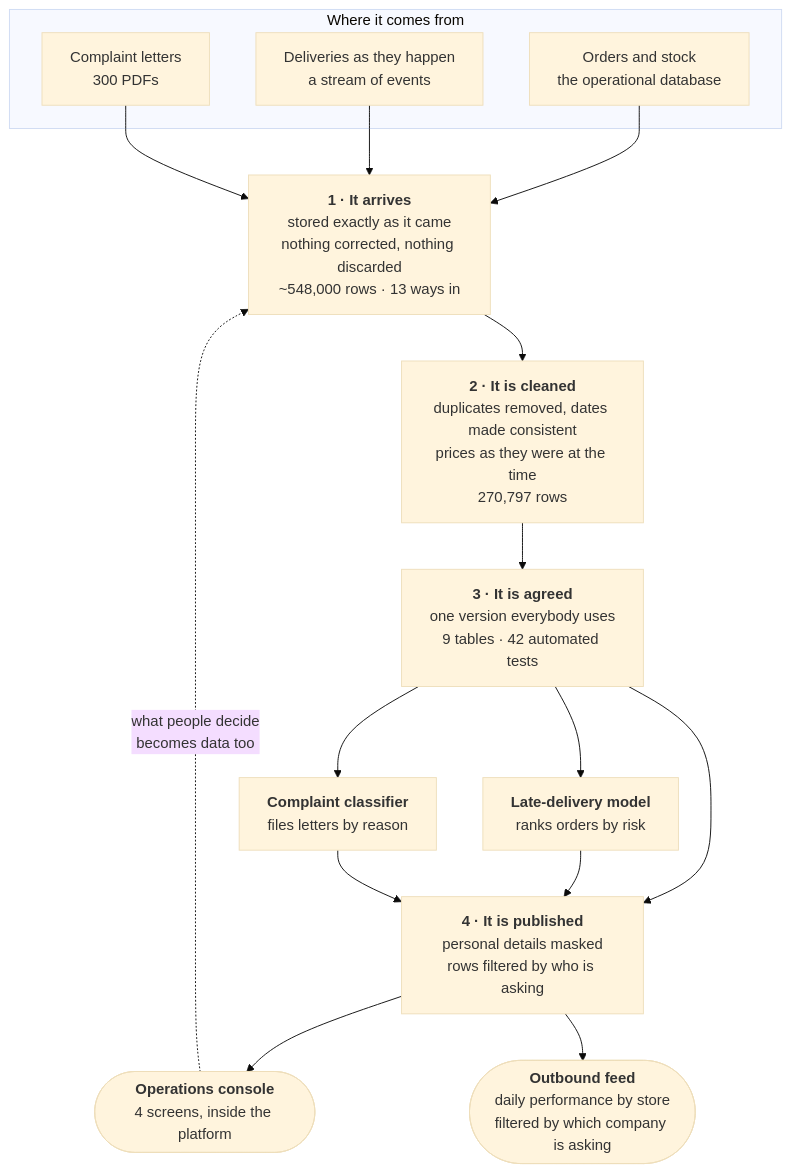
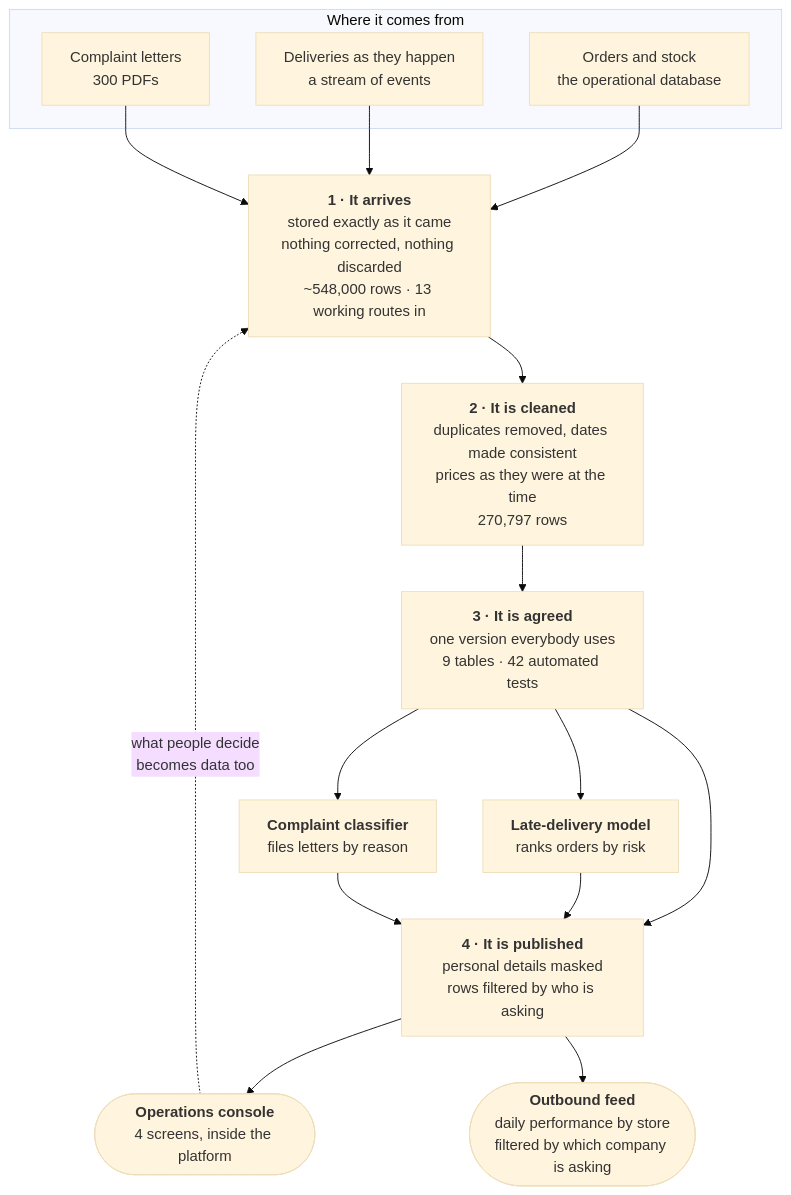
Before and after one commit to vikassingh0593/snowflake_usecase: the diagram in README.md, drawn with Mermaid (base theme). The commit also changed other lines of this file, not shown here.

````diff
--- a/README.md
+++ b/README.md
@@ -20,33 +20,33 @@
 ```mermaid
 flowchart TB
     subgraph SRC["Where it comes from"]
         S1["Orders and stock<br/>the operational database"]
         S2["Deliveries as they happen<br/>a stream of events"]
         S3["Complaint letters<br/>300 PDFs"]
     end
 
-    RAW["<b>1 · It arrives</b><br/>stored exactly as it came<br/>nothing corrected, nothing discarded<br/>~548,000 rows · 13 ways in"]
+    RAW["<b>1 · It arrives</b><br/>stored exactly as it came<br/>nothing corrected, nothing discarded<br/>~548,000 rows · 13 working routes in"]
     CORE["<b>2 · It is cleaned</b><br/>duplicates removed, dates made consistent<br/>prices as they were at the time<br/>270,797 rows"]
     MART["<b>3 · It is agreed</b><br/>one version everybody uses<br/>9 tables · 42 automated tests"]
 
     ML["<b>Late-delivery model</b><br/>ranks orders by risk"]
     TXT["<b>Complaint classifier</b><br/>files letters by reason"]
 
     SERVE["<b>4 · It is published</b><br/>personal details masked<br/>rows filtered by who is asking"]
     APP(["<b>Operations console</b><br/>4 screens, inside the platform"])
     SHARE(["<b>Outbound feed</b><br/>daily performance by store<br/>filtered by which company is asking"])
 
     S1 --> RAW
     S2 --> RAW
     S3 --> RAW
     RAW --> CORE
     CORE --> MART
     MART --> ML
     MART --> TXT
     MART --> SERVE
     ML --> SERVE
     TXT --> SERVE
     SERVE --> APP
     SERVE --> SHARE
     APP -. "what people decide<br/>becomes data too" .-> RAW
 ```
````
